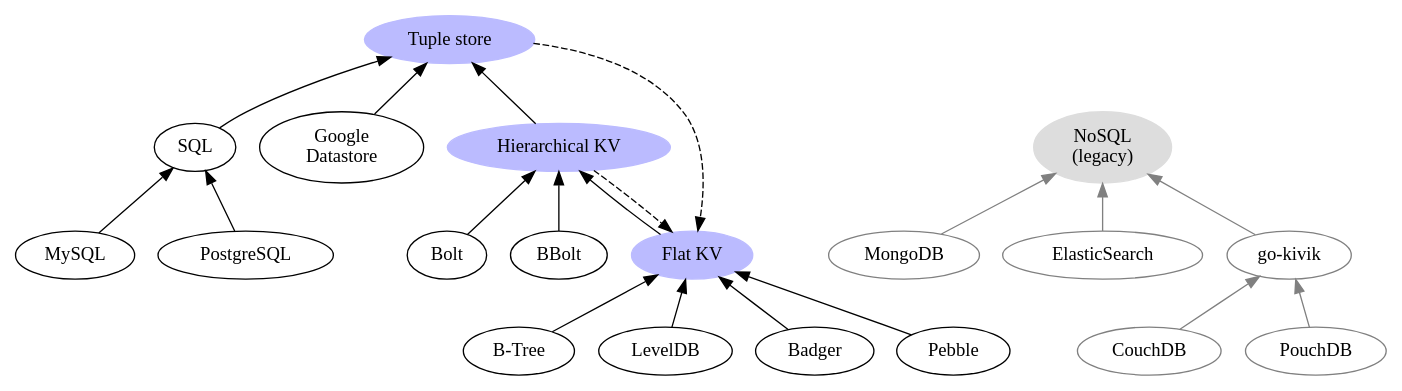
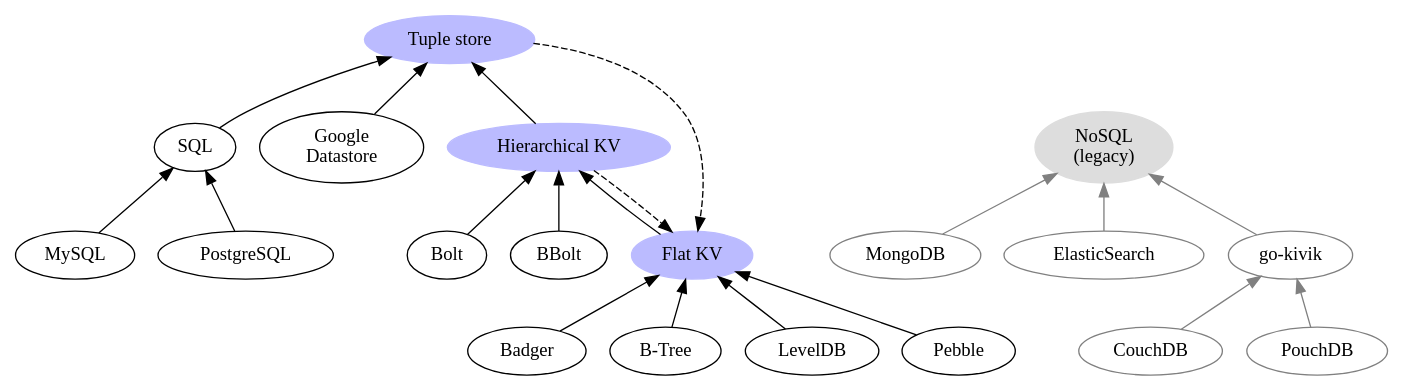
One commit to hidal-go/hidalgo changed the diagram in db-hierarchy.gv. Above: the diagram before and after it, drawn with Graphviz. The commit also changed 1 other file, not shown here.

Commit message:
Update DB diagram

```diff
--- a/db-hierarchy.gv
+++ b/db-hierarchy.gv
@@ -1,47 +1,50 @@
+# Generate SVG using:
+# dot db-hierarchy.gv -T svg > db-hierarchy.svg
+
 digraph DBs {
     rankdir="BT"
 
     flat_kv [label="Flat KV" URL="./docs/kv-flat.md" color="#bbbbff" style=filled]
     flat_kv -> hie_kv
+    badger [label="Badger"]
+    badger -> flat_kv
     btree [label="B-Tree"]
     btree -> flat_kv
     leveldb [label="LevelDB"]
     leveldb -> flat_kv
-    badger [label="Badger"]
-    badger -> flat_kv
     pebble [label="Pebble"]
     pebble -> flat_kv
 
     hie_kv [label="Hierarchical KV" URL="./docs/kv-hierarchical.md" color="#bbbbff" style=filled]
     hie_kv -> strict_tuple
     hie_kv -> flat_kv [style=dashed]
     bolt [label="Bolt"]
     bolt -> hie_kv
     bbolt [label="BBolt"]
     bbolt -> hie_kv
 
     sql_tuple [label="SQL" URL="./docs/sql-tuple.md"]
     sql_tuple -> strict_tuple
     mysql [label="MySQL"]
     mysql -> sql_tuple
     postgres [label="PostgreSQL"]
     postgres -> sql_tuple
 
     datastore [label="Google\nDatastore"]
     datastore -> strict_tuple
 
     strict_tuple [label="Tuple store" URL="./docs/tuple-strict.md" color="#bbbbff" style=filled]
     strict_tuple -> flat_kv [style=dashed]
 
     legacy_nosql [label="NoSQL\n(legacy)", color="#dddddd" style=filled]
     legacy_mongo [label="MongoDB", color=grey]
     legacy_mongo -> legacy_nosql [color=grey]
     legacy_elastic [label="ElasticSearch", color=grey]
     legacy_elastic -> legacy_nosql [color=grey]
     legacy_ouch [label="go-kivik", color=grey]
     legacy_ouch -> legacy_nosql [color=grey]
     legacy_couch [label="CouchDB", color=grey]
     legacy_couch -> legacy_ouch [color=grey]
     legacy_pouch [label="PouchDB", color=grey]
     legacy_pouch -> legacy_ouch [color=grey]
 }
```
